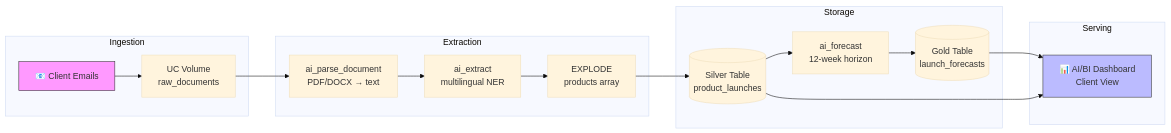
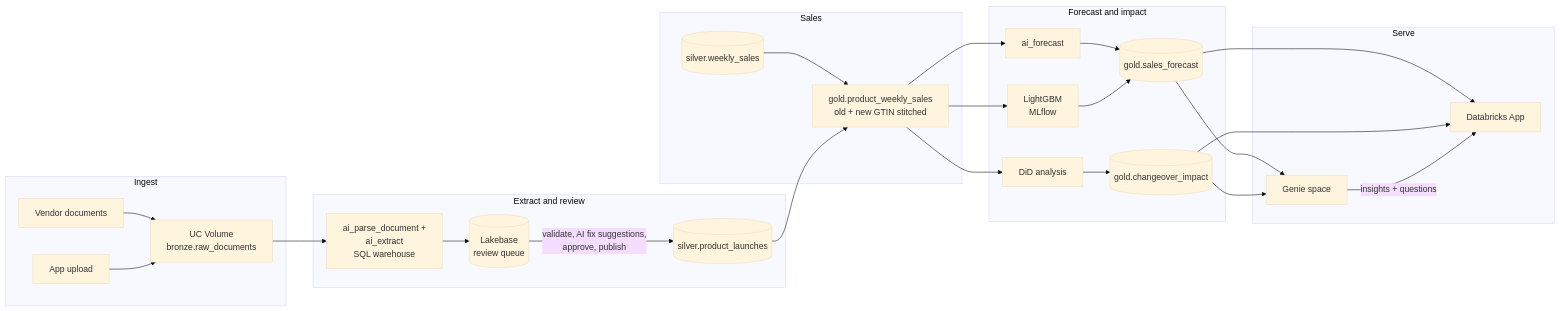
The diagram in README.md (patriciaferreiro/retail-sales-forecasting), drawn with Mermaid (base theme) before and after one commit. The commit also changed other lines of this file and 1 other file, not shown here.

First line of the commit message:
docs: README and SPEC for sales forecast, changeover impact and Genie

````diff
--- a/README.md
+++ b/README.md
@@ -7,26 +9,34 @@
 ```mermaid
 flowchart LR
-    subgraph Ingestion
-        A[📧 Client Emails] --> B[UC Volume<br/>raw_documents]
+    subgraph Ingest
+        A[Vendor documents] --> B[UC Volume<br/>bronze.raw_documents]
+        U[App upload] --> B
     end
 
-    subgraph Extraction
-        B --> C[ai_parse_document<br/>PDF/DOCX → text]
-        C --> D[ai_extract<br/>multilingual NER]
-        D --> E[EXPLODE<br/>products array]
+    subgraph Extract_and_review [Extract and review]
+        B --> C[ai_parse_document +<br/>ai_extract<br/>SQL warehouse]
+        C --> R[(Lakebase<br/>review queue)]
+        R -->|validate, AI fix suggestions,<br/>approve, publish| S[(silver.product_launches)]
     end
 
-    subgraph Storage
-        E --> F[(Silver Table<br/>product_launches)]
-        F --> G[ai_forecast<br/>12-week horizon]
-        G --> H[(Gold Table<br/>launch_forecasts)]
+    subgraph Sales
+        W[(silver.weekly_sales)] --> PW[gold.product_weekly_sales<br/>old + new GTIN stitched]
+        S --> PW
     end
 
-    subgraph Serving
-        H --> I[📊 AI/BI Dashboard<br/>Client View]
-        F --> I
+    subgraph Forecast_and_impact [Forecast and impact]
+        PW --> F1[ai_forecast]
+        PW --> F2[LightGBM<br/>MLflow]
+        F1 --> SF[(gold.sales_forecast)]
+        F2 --> SF
+        PW --> CI[DiD analysis] --> CO[(gold.changeover_impact)]
     end
 
-    style A fill:#f9f,stroke:#333
-    style I fill:#bbf,stroke:#333
+    subgraph Serve
+        SF --> APP[Databricks App]
+        CO --> APP
+        SF --> G[Genie space]
+        CO --> G
+        G -->|insights + questions| APP
+    end
 ```
````
